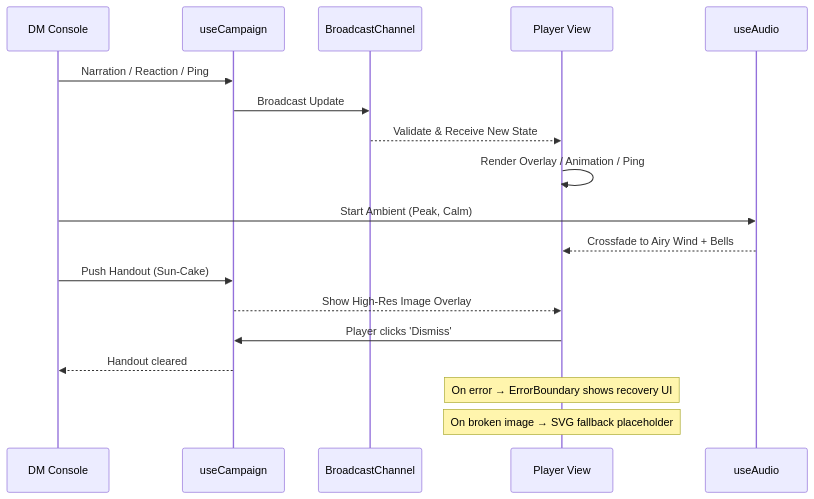
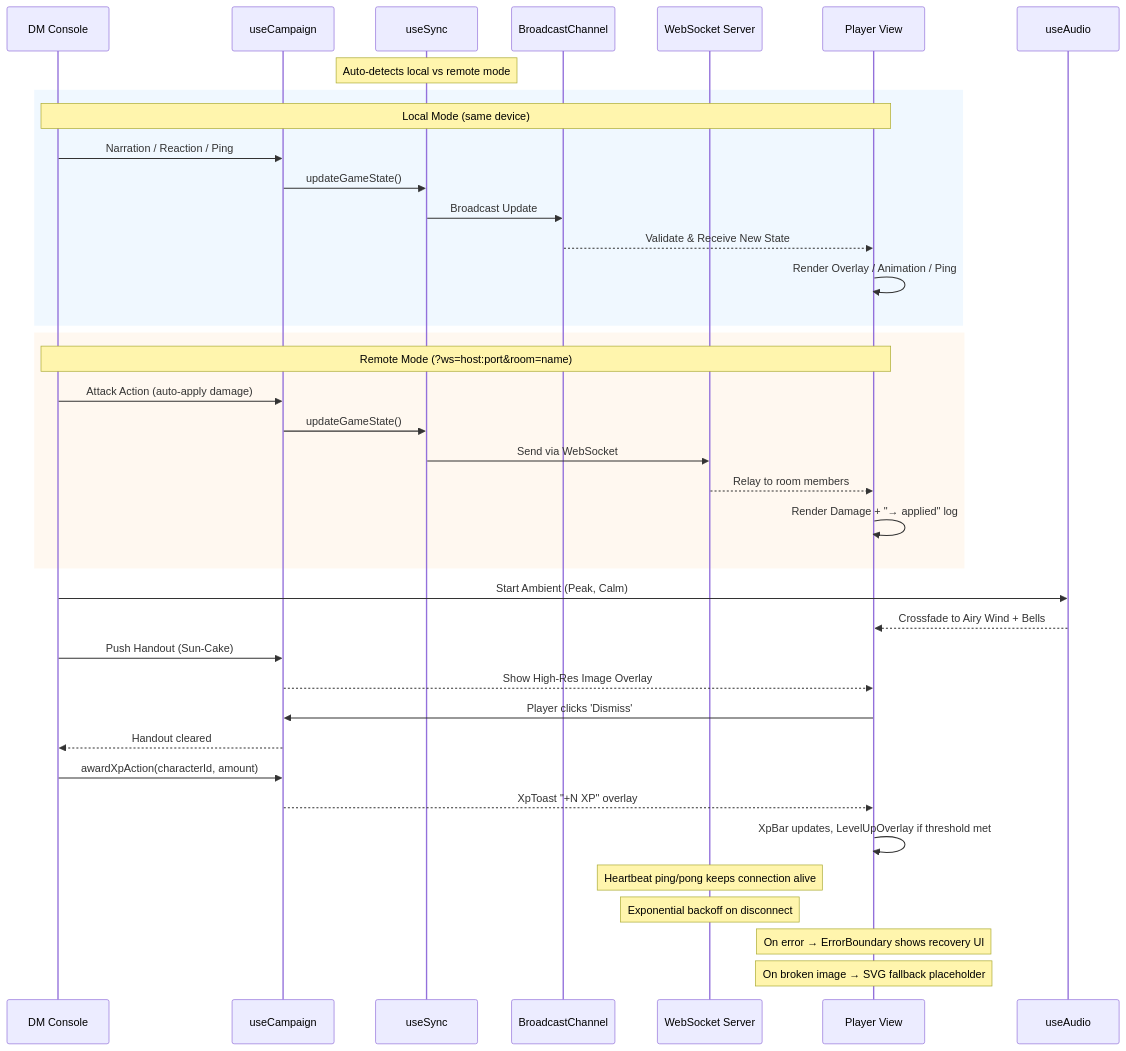
Before and after one commit to lanoitcif/ddcamp: the second of 2 diagrams in documentation.md, drawn with Mermaid. The commit also changed other lines of this file and 11 other files, not shown here.

````diff
--- a/documentation.md
+++ b/documentation.md
@@ -88,24 +140,47 @@
 ```mermaid
 sequenceDiagram
     participant DM as DM Console
     participant State as useCampaign
-    participant Sync as BroadcastChannel
+    participant Sync as useSync
+    participant BC as BroadcastChannel
+    participant WS as WebSocket Server
     participant TV as Player View
     participant Audio as useAudio
 
+    Note over Sync: Auto-detects local vs remote mode
+
+    rect rgb(240, 248, 255)
+    Note over DM,TV: Local Mode (same device)
     DM->>State: Narration / Reaction / Ping
-    State->>Sync: Broadcast Update
-    Sync-->>TV: Validate & Receive New State
+    State->>Sync: updateGameState()
+    Sync->>BC: Broadcast Update
+    BC-->>TV: Validate & Receive New State
     TV->>TV: Render Overlay / Animation / Ping
+    end
+
+    rect rgb(255, 248, 240)
+    Note over DM,TV: Remote Mode (?ws=host:port&room=name)
+    DM->>State: Attack Action (auto-apply damage)
+    State->>Sync: updateGameState()
+    Sync->>WS: Send via WebSocket
+    WS-->>TV: Relay to room members
+    TV->>TV: Render Damage + "→ applied" log
+    end
 
     DM->>Audio: Start Ambient (Peak, Calm)
     Audio-->>TV: Crossfade to Airy Wind + Bells
 
     DM->>State: Push Handout (Sun-Cake)
     State-->>TV: Show High-Res Image Overlay
     TV->>State: Player clicks 'Dismiss'
     State-->>DM: Handout cleared
 
+    DM->>State: awardXpAction(characterId, amount)
+    State-->>TV: XpToast "+N XP" overlay
+    TV->>TV: XpBar updates, LevelUpOverlay if threshold met
+
+    Note over WS: Heartbeat ping/pong keeps connection alive
+    Note over WS: Exponential backoff on disconnect
     Note over TV: On error → ErrorBoundary shows recovery UI
     Note over TV: On broken image → SVG fallback placeholder
 ```
````
